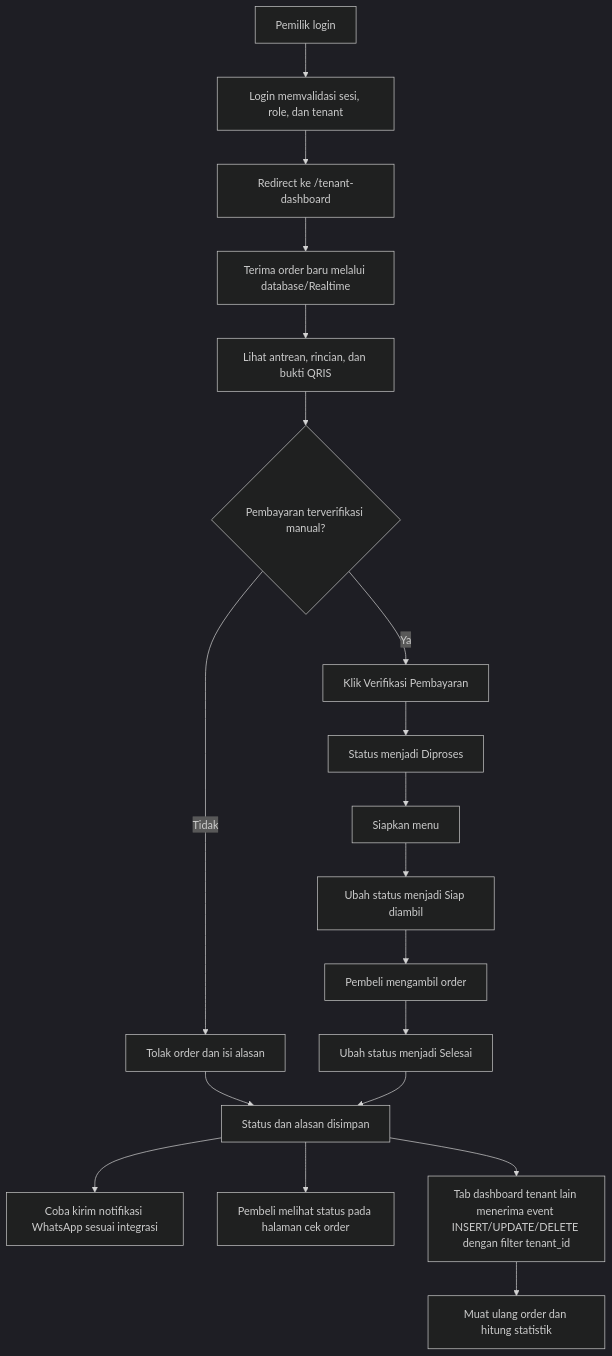
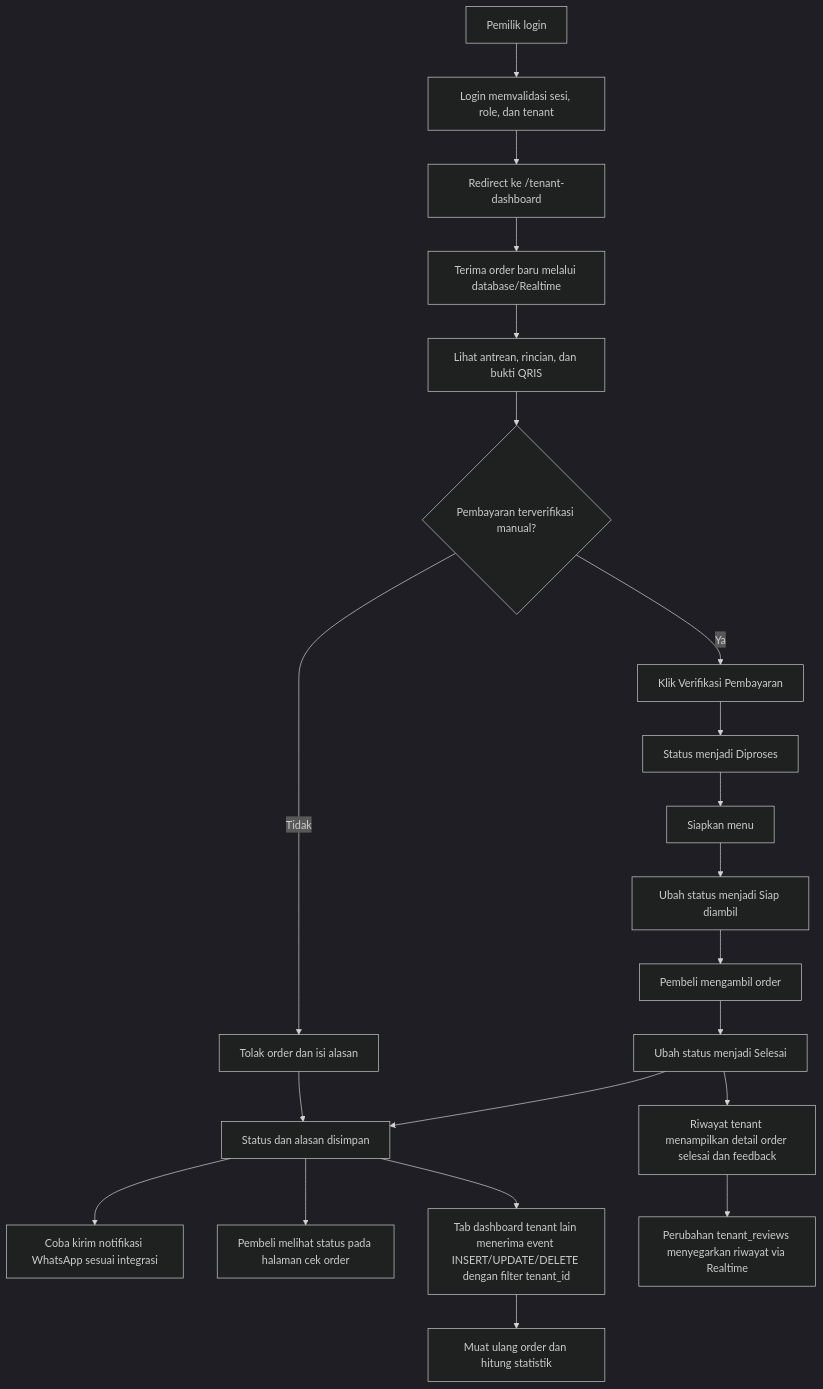
One commit to nandayudhistirawibowo/SiKantin changed the third of 8 diagrams in FLOWCHART.md. Above: the diagram before and after it, drawn with Mermaid (dark theme). The commit also changed other lines of this file and 4 other files, not shown here.

````diff
--- a/FLOWCHART.md
+++ b/FLOWCHART.md
@@ -80,21 +83,23 @@
 ```mermaid
 flowchart TD
     A[Pemilik login] --> B[Login memvalidasi sesi, role, dan tenant]
     B --> B1[Redirect ke /tenant-dashboard]
     B1 --> C[Terima order baru melalui database/Realtime]
     C --> D[Lihat antrean, rincian, dan bukti QRIS]
     D --> E{Pembayaran terverifikasi manual?}
     E -- Tidak --> F[Tolak order dan isi alasan]
     E -- Ya --> G[Klik Verifikasi Pembayaran]
     G --> H[Status menjadi Diproses]
     H --> I[Siapkan menu]
     I --> J[Ubah status menjadi Siap diambil]
     J --> K[Pembeli mengambil order]
     K --> L[Ubah status menjadi Selesai]
     F --> M[Status dan alasan disimpan]
     L --> M
     M --> N[Coba kirim notifikasi WhatsApp sesuai integrasi]
     M --> O[Pembeli melihat status pada halaman cek order]
+    L --> R[Riwayat tenant menampilkan detail order selesai dan feedback]
+    R --> S[Perubahan tenant_reviews menyegarkan riwayat via Realtime]
     P[Tab dashboard tenant lain menerima event INSERT/UPDATE/DELETE dengan filter tenant_id] --> Q[Muat ulang order dan hitung statistik]
     M --> P
 ```
````
